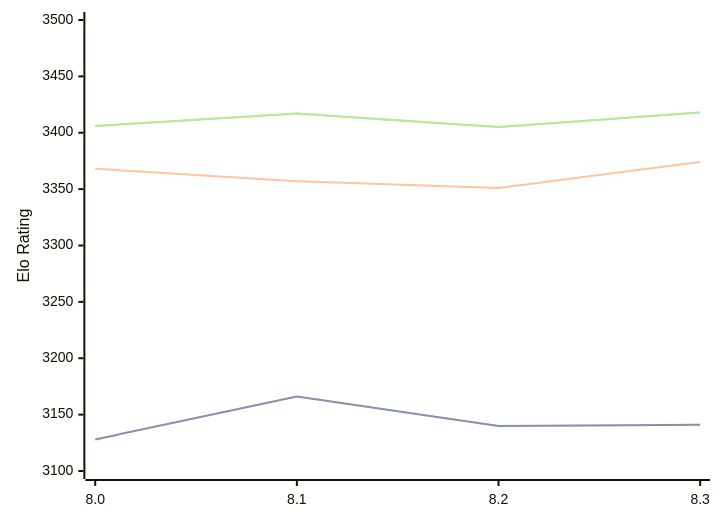
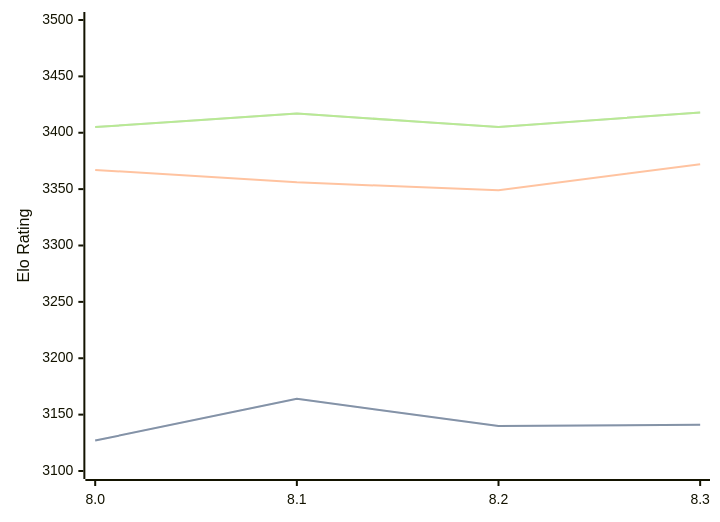
The diagram in engines/Alexander.md (computer-chess-index/cci), drawn with Mermaid before and after one commit. The commit also changed other lines of this file, not shown here.

Commit message:
Update CCI Ratings (ELO VLTC) - 2026-08-04

````diff
--- a/engines/Alexander.md
+++ b/engines/Alexander.md
@@ -48,11 +48,11 @@
 ```mermaid
 %%{init: {"theme":"base","themeVariables":{"seriesColors:['#a3a3a3','#222221','#faa371']}}}%%
 xychart-beta
   x-axis ["8.0", "8.1", "8.2", "8.3"]
   y-axis "Elo Rating" 3100 --> 3500
-  line "STC (8.0+0.08s)" [3128, 3166, 3140, 3141]
-  line "STC (8.0+0.08s)" [3128, 3166, 3140, 3141]
-  line "LTC (60.0+0.60s)" [3368, 3357, 3351, 3374]
-  line "VLTC (2m24s+1.12s)" [3406, 3417, 3405, 3418]
-  line "VLTC (2m24s+1.12s)" [3406, 3417, 3405, 3418]
+  line "STC (8.0+0.08s)" [3127, 3164, 3140, 3141]
+  line "STC (8.0+0.08s)" [3127, 3164, 3140, 3141]
+  line "LTC (60.0+0.60s)" [3367, 3356, 3349, 3372]
+  line "VLTC (2m24s+1.12s)" [3405, 3417, 3405, 3418]
+  line "VLTC (2m24s+1.12s)" [3405, 3417, 3405, 3418]
 ```
````
